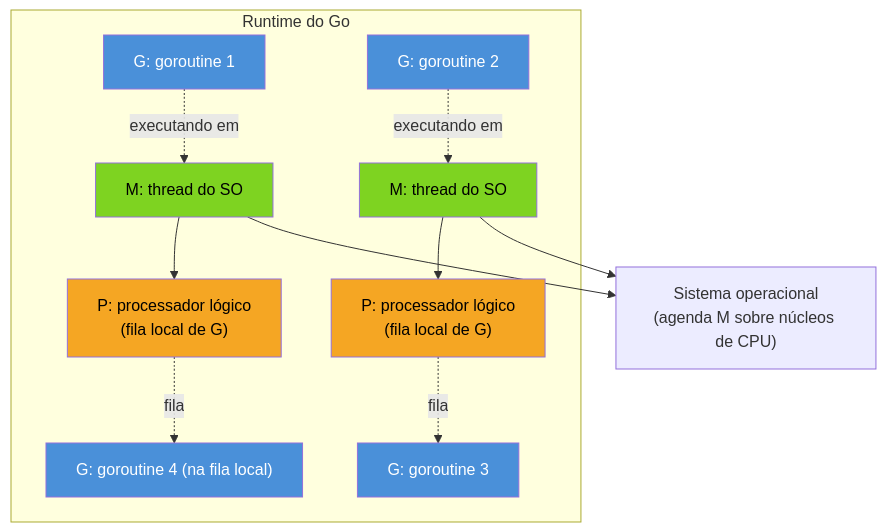
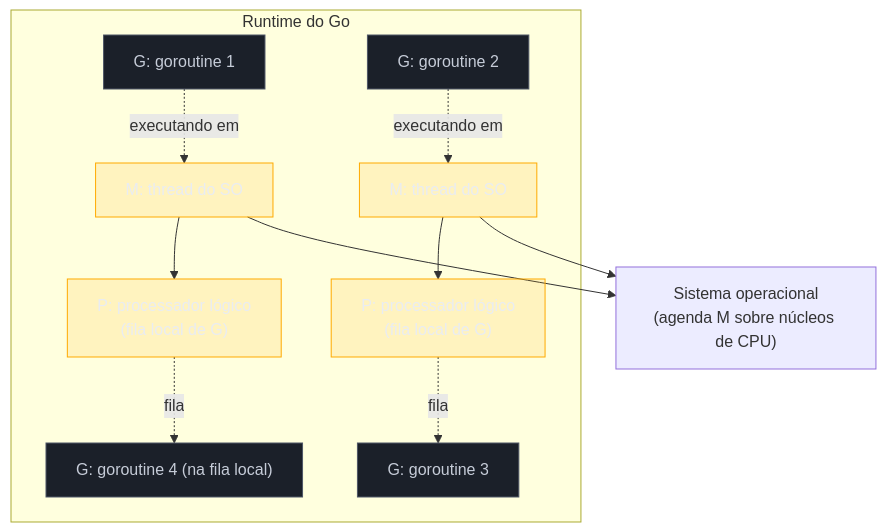
The first of 3 diagrams in 03-Dominios/Tecnologia/Go/07 - Goroutines e o scheduler/03 - O modelo GMP por cima.md (josenaldo/codex-technomanticus), drawn with Mermaid before and after one commit. The commit also changed other lines of this file and 1181 other files, not shown here.

First line of the commit message:
fix(diagramas): paleta do sistema no lugar de cor cravada no markdown

````diff
--- a/03-Dominios/Tecnologia/Go/07 - Goroutines e o scheduler/03 - O modelo GMP por cima.md
+++ b/03-Dominios/Tecnologia/Go/07 - Goroutines e o scheduler/03 - O modelo GMP por cima.md
@@ -32,35 +32,37 @@
 ```mermaid
 flowchart TB
+    classDef neutro fill:#1B2029,stroke:#4E5666,color:#C6CCD8
+    classDef destaque fill:#FFAA0024,stroke:#FFAA00,color:#E9ECF2
     subgraph Runtime["Runtime do Go"]
         G1["G: goroutine 1"]
         G2["G: goroutine 2"]
         G3["G: goroutine 3"]
         G4["G: goroutine 4 (na fila local)"]
 
         P1["P: processador lógico\n(fila local de G)"]
         P2["P: processador lógico\n(fila local de G)"]
 
         M1["M: thread do SO"]
         M2["M: thread do SO"]
 
         G1 -.->|executando em| M1
         G2 -.->|executando em| M2
         M1 --> P1
         M2 --> P2
         P1 -.->|fila| G4
         P2 -.->|fila| G3
     end
 
     OS["Sistema operacional\n(agenda M sobre núcleos de CPU)"]
     M1 --> OS
     M2 --> OS
 
-    style G1 fill:#4A90D9,color:#fff
-    style G2 fill:#4A90D9,color:#fff
-    style G3 fill:#4A90D9,color:#fff
-    style G4 fill:#4A90D9,color:#fff
-    style P1 fill:#F5A623,color:#000
-    style P2 fill:#F5A623,color:#000
-    style M1 fill:#7ED321,color:#000
-    style M2 fill:#7ED321,color:#000
+    class G1 neutro
+    class G2 neutro
+    class G3 neutro
+    class G4 neutro
+    class P1 destaque
+    class P2 destaque
+    class M1 destaque
+    class M2 destaque
 ```
````
